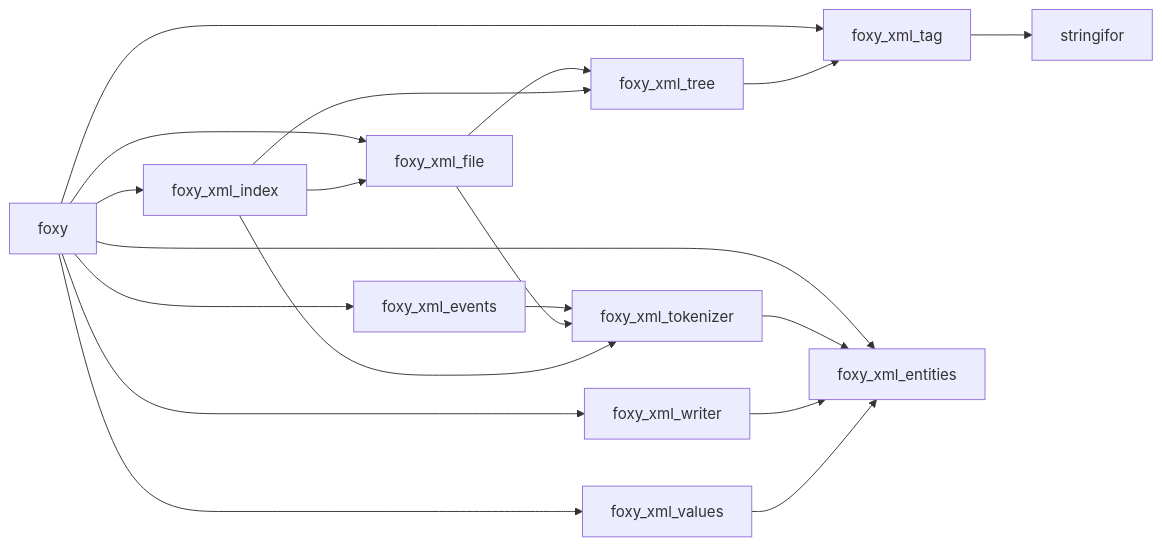
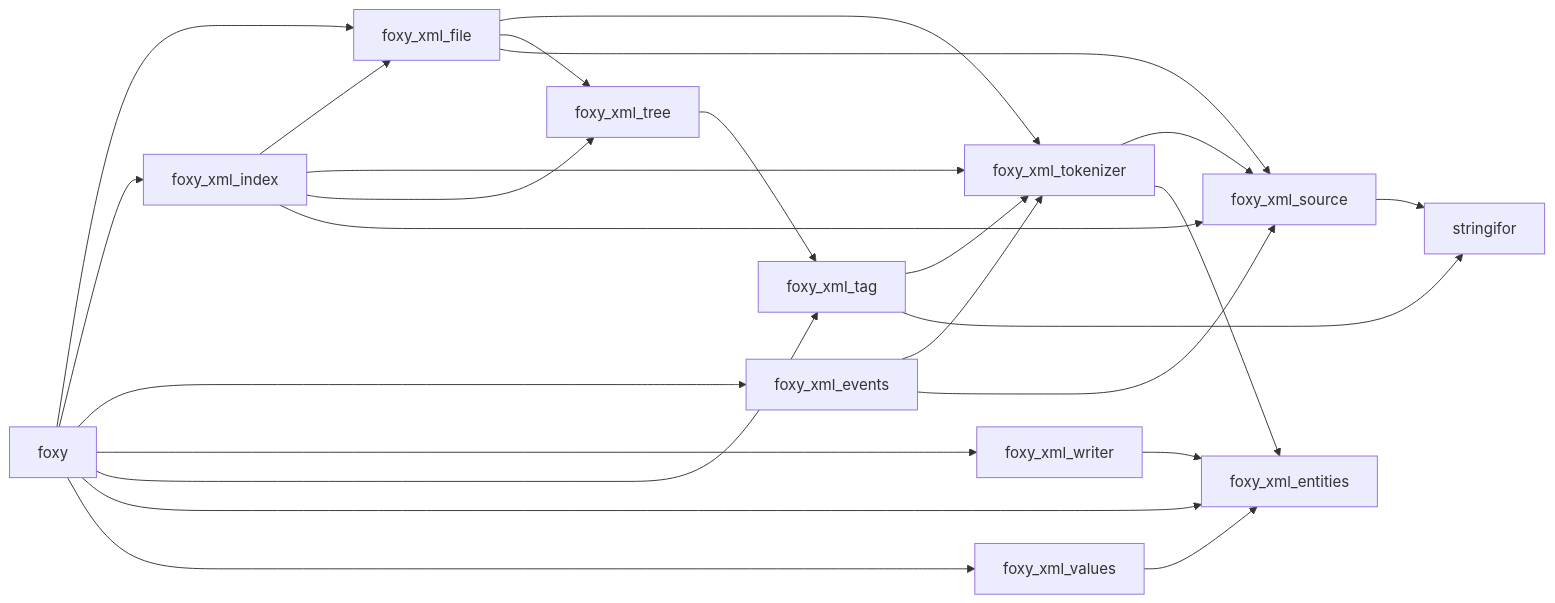
One commit to Fortran-FOSS-Programmers/FoXy changed the diagram in docs/guide/features.md. Above: the diagram before and after it, drawn with Mermaid. The commit also changed other lines of this file and 58 other files, not shown here.

First line of the commit message:
docs: audit the documentation against the code, add a cast and diagrams

````diff
--- a/docs/guide/features.md
+++ b/docs/guide/features.md
@@ -51,10 +55,12 @@
 ```mermaid
 graph LR
   foxy --> foxy_xml_file & foxy_xml_index & foxy_xml_events & foxy_xml_writer & foxy_xml_tag & foxy_xml_entities & foxy_xml_values
   foxy_xml_events --> foxy_xml_tokenizer
   foxy_xml_index --> foxy_xml_file
   foxy_xml_file & foxy_xml_index --> foxy_xml_tokenizer & foxy_xml_tree
+  foxy_xml_file & foxy_xml_index & foxy_xml_events & foxy_xml_tokenizer --> foxy_xml_source
+  foxy_xml_tag --> foxy_xml_tokenizer
   foxy_xml_tree --> foxy_xml_tag
-  foxy_xml_tag --> stringifor
+  foxy_xml_tag & foxy_xml_source --> stringifor
   foxy_xml_tokenizer & foxy_xml_writer & foxy_xml_values --> foxy_xml_entities
 ```
````
